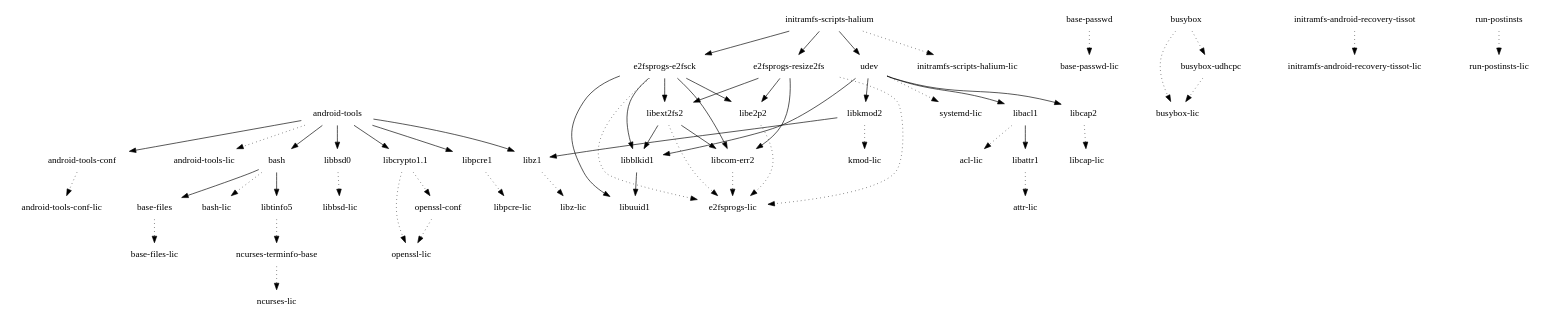
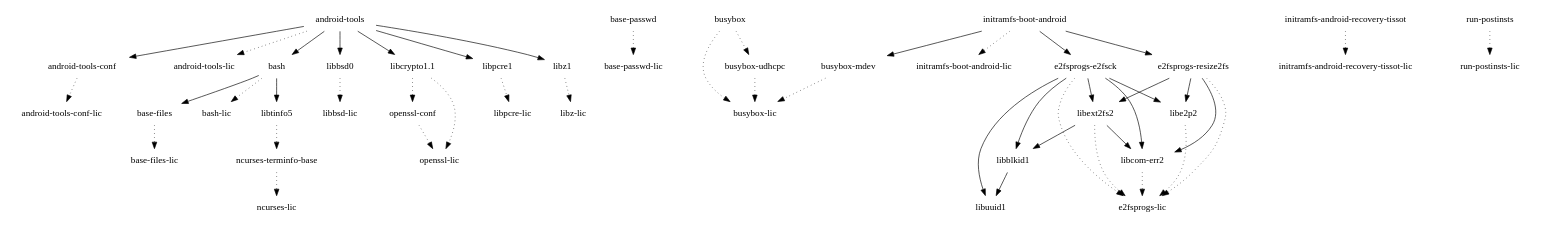
The diagram in images/tissot/glibc/initramfs-android-image/depends-nokernel-nolibc-noupdate.dot (webOS-ports/buildhistory), drawn with Graphviz before and after one commit. The commit also changed 3392 other files, not shown here.

```diff
--- a/images/tissot/glibc/initramfs-android-image/depends-nokernel-nolibc-noupdate.dot
+++ b/images/tissot/glibc/initramfs-android-image/depends-nokernel-nolibc-noupdate.dot
@@ -1,60 +1,50 @@
 digraph depends {
     node [shape=plaintext]
 "android-tools" -> "android-tools-conf"
 "android-tools" -> "android-tools-lic" [style=dotted]
 "android-tools" -> "bash"
 "android-tools-conf" -> "android-tools-conf-lic" [style=dotted]
 "android-tools" -> "libbsd0"
 "android-tools" -> "libcrypto1.1"
 "android-tools" -> "libpcre1"
 "android-tools" -> "libz1"
 "base-files" -> "base-files-lic" [style=dotted]
 "base-passwd" -> "base-passwd-lic" [style=dotted]
 "bash" -> "base-files"
 "bash" -> "bash-lic" [style=dotted]
 "bash" -> "libtinfo5"
 "busybox" -> "busybox-lic" [style=dotted]
 "busybox" -> "busybox-udhcpc" [style=dotted]
+"busybox-mdev" -> "busybox-lic" [style=dotted]
 "busybox-udhcpc" -> "busybox-lic" [style=dotted]
 "e2fsprogs-e2fsck" -> "e2fsprogs-lic" [style=dotted]
 "e2fsprogs-e2fsck" -> "libblkid1"
 "e2fsprogs-e2fsck" -> "libcom-err2"
 "e2fsprogs-e2fsck" -> "libe2p2"
 "e2fsprogs-e2fsck" -> "libext2fs2"
 "e2fsprogs-e2fsck" -> "libuuid1"
 "e2fsprogs-resize2fs" -> "e2fsprogs-lic" [style=dotted]
 "e2fsprogs-resize2fs" -> "libcom-err2"
 "e2fsprogs-resize2fs" -> "libe2p2"
 "e2fsprogs-resize2fs" -> "libext2fs2"
 "initramfs-android-recovery-tissot" -> "initramfs-android-recovery-tissot-lic" [style=dotted]
-"initramfs-scripts-halium" -> "e2fsprogs-e2fsck"
-"initramfs-scripts-halium" -> "e2fsprogs-resize2fs"
-"initramfs-scripts-halium" -> "initramfs-scripts-halium-lic" [style=dotted]
-"initramfs-scripts-halium" -> "udev"
-"libacl1" -> "acl-lic" [style=dotted]
-"libacl1" -> "libattr1"
-"libattr1" -> "attr-lic" [style=dotted]
+"initramfs-boot-android" -> "busybox-mdev"
+"initramfs-boot-android" -> "e2fsprogs-e2fsck"
+"initramfs-boot-android" -> "e2fsprogs-resize2fs"
+"initramfs-boot-android" -> "initramfs-boot-android-lic" [style=dotted]
 "libblkid1" -> "libuuid1"
 "libbsd0" -> "libbsd-lic" [style=dotted]
-"libcap2" -> "libcap-lic" [style=dotted]
 "libcom-err2" -> "e2fsprogs-lic" [style=dotted]
 "libcrypto1.1" -> "openssl-conf" [style=dotted]
 "libcrypto1.1" -> "openssl-lic" [style=dotted]
 "libe2p2" -> "e2fsprogs-lic" [style=dotted]
 "libext2fs2" -> "e2fsprogs-lic" [style=dotted]
 "libext2fs2" -> "libblkid1"
 "libext2fs2" -> "libcom-err2"
-"libkmod2" -> "kmod-lic" [style=dotted]
-"libkmod2" -> "libz1"
 "libpcre1" -> "libpcre-lic" [style=dotted]
 "libtinfo5" -> "ncurses-terminfo-base" [style=dotted]
 "libz1" -> "libz-lic" [style=dotted]
 "ncurses-terminfo-base" -> "ncurses-lic" [style=dotted]
 "openssl-conf" -> "openssl-lic" [style=dotted]
 "run-postinsts" -> "run-postinsts-lic" [style=dotted]
-"udev" -> "libacl1"
-"udev" -> "libblkid1"
-"udev" -> "libcap2"
-"udev" -> "libkmod2"
-"udev" -> "systemd-lic" [style=dotted]
 }
```
